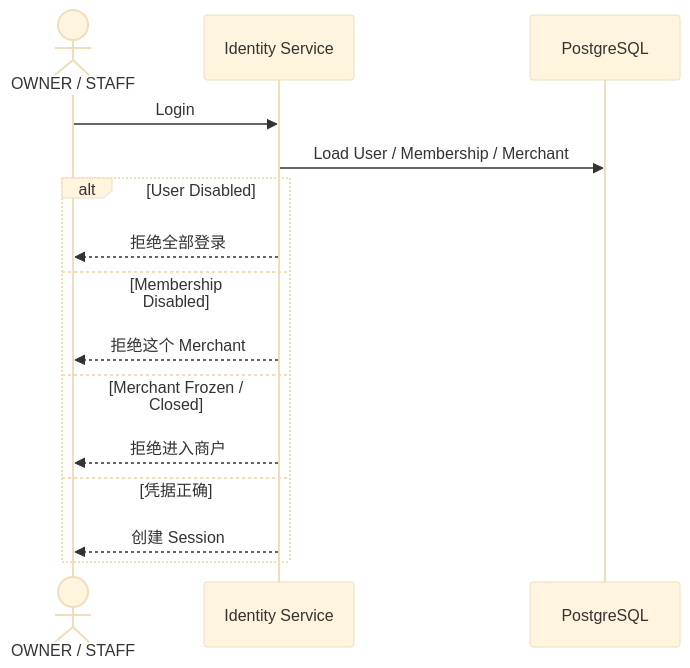
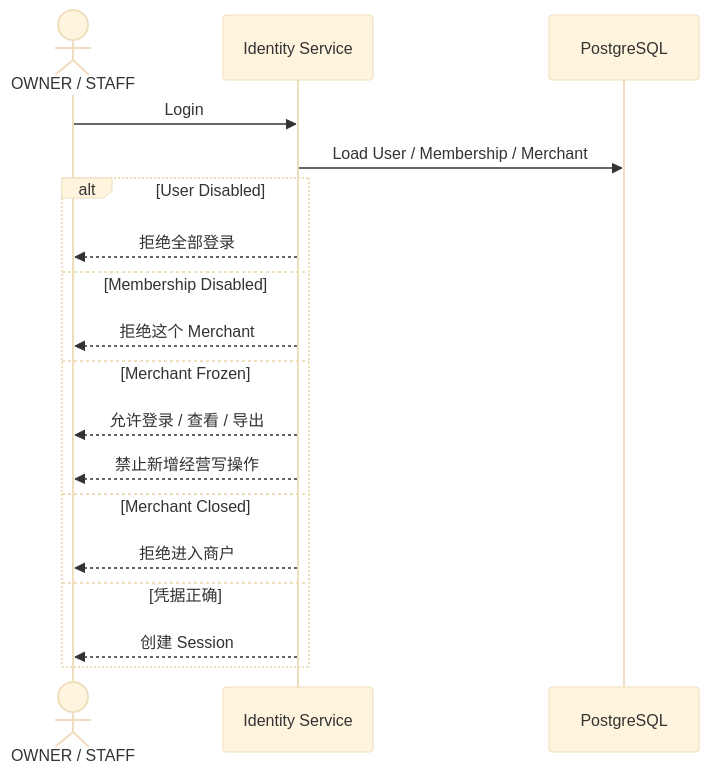
One commit to sxyq/mastergoods changed the first of 6 diagrams in docs/system-design/01-账户与身份/06-账号状态与商户成员关系.md. Above: the diagram before and after it, drawn with Mermaid (base theme). The commit also changed other lines of this file and 12 other files, not shown here.

````diff
--- a/docs/system-design/01-账户与身份/06-账号状态与商户成员关系.md
+++ b/docs/system-design/01-账户与身份/06-账号状态与商户成员关系.md
@@ -34,19 +34,22 @@
 ```mermaid
 sequenceDiagram
     actor U as OWNER / STAFF
     participant IAM as Identity Service
     participant DB as PostgreSQL
 
     U->>IAM: Login
     IAM->>DB: Load User / Membership / Merchant
 
     alt User Disabled
         IAM-->>U: 拒绝全部登录
     else Membership Disabled
         IAM-->>U: 拒绝这个 Merchant
-    else Merchant Frozen / Closed
+    else Merchant Frozen
+        IAM-->>U: 允许登录 / 查看 / 导出
+        IAM-->>U: 禁止新增经营写操作
+    else Merchant Closed
         IAM-->>U: 拒绝进入商户
     else 凭据正确
         IAM-->>U: 创建 Session
     end
 ```
````
